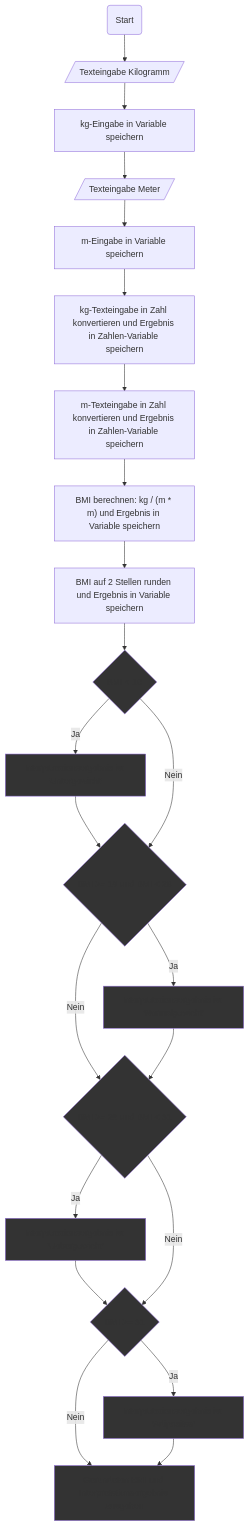
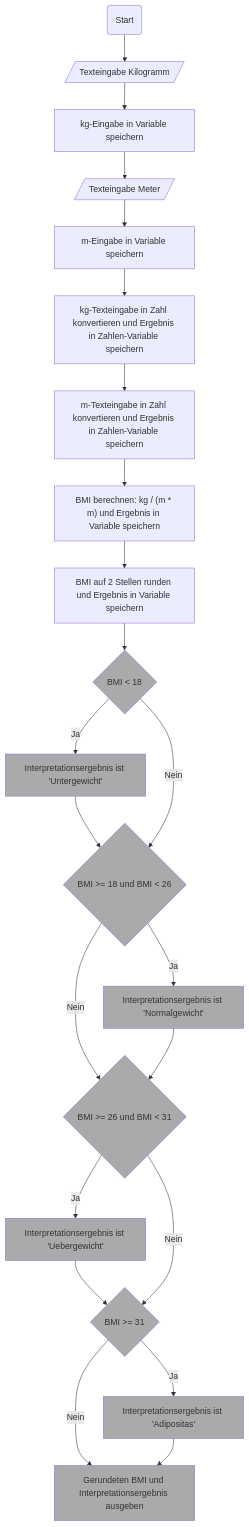
The second of 3 diagrams in BMI/README.md (clander/voprogrammieren), drawn with Mermaid before and after one commit.

Commit message:
Fuer Script angepasst

````diff
--- a/BMI/README.md
+++ b/BMI/README.md
@@ -120,30 +120,30 @@
 ```mermaid
 flowchart TD
     A(Start) --> B[/Texteingabe Kilogramm/]
     B --> C[kg-Eingabe in Variable speichern]
     C --> D[/Texteingabe Meter/]
     D --> E[m-Eingabe in Variable speichern]
     E --> F[kg-Texteingabe in Zahl konvertieren und Ergebnis in Zahlen-Variable speichern]
     F --> G[m-Texteingabe in Zahl konvertieren und Ergebnis in Zahlen-Variable speichern]
     G --> H["BMI berechnen: kg / (m * m)" und Ergebnis in Variable speichern]
     H --> I[BMI auf 2 Stellen runden und Ergebnis in Variable speichern]
 
     I --> J{BMI < 18}
     J:::neu -- Ja --> K[Interpretationsergebnis ist 'Untergewicht']:::neu
     K --> L:::neu
 
     J -- Nein --> L{BMI >= 18 und BMI < 26}
     L -- Ja --> M[Interpretationsergebnis ist 'Normalgewicht']:::neu
     L:::neu -- Nein --> N:::neu
     
     M --> N{BMI >= 26 und BMI < 31}
     N -- Ja --> O[Interpretationsergebnis ist 'Uebergewicht']
     O:::neu --> P:::neu
     N -- Nein --> P{BMI >= 31}
 
     P -- Ja --> Q[Interpretationsergebnis ist 'Adipositas']:::neu
     P -- Nein --> R[Gerundeten BMI und Interpretationsergebnis ausgeben]
     Q --> R:::neu
 
-    classDef neu fill:#333
+    classDef neu fill:#aaa
 ```
````
